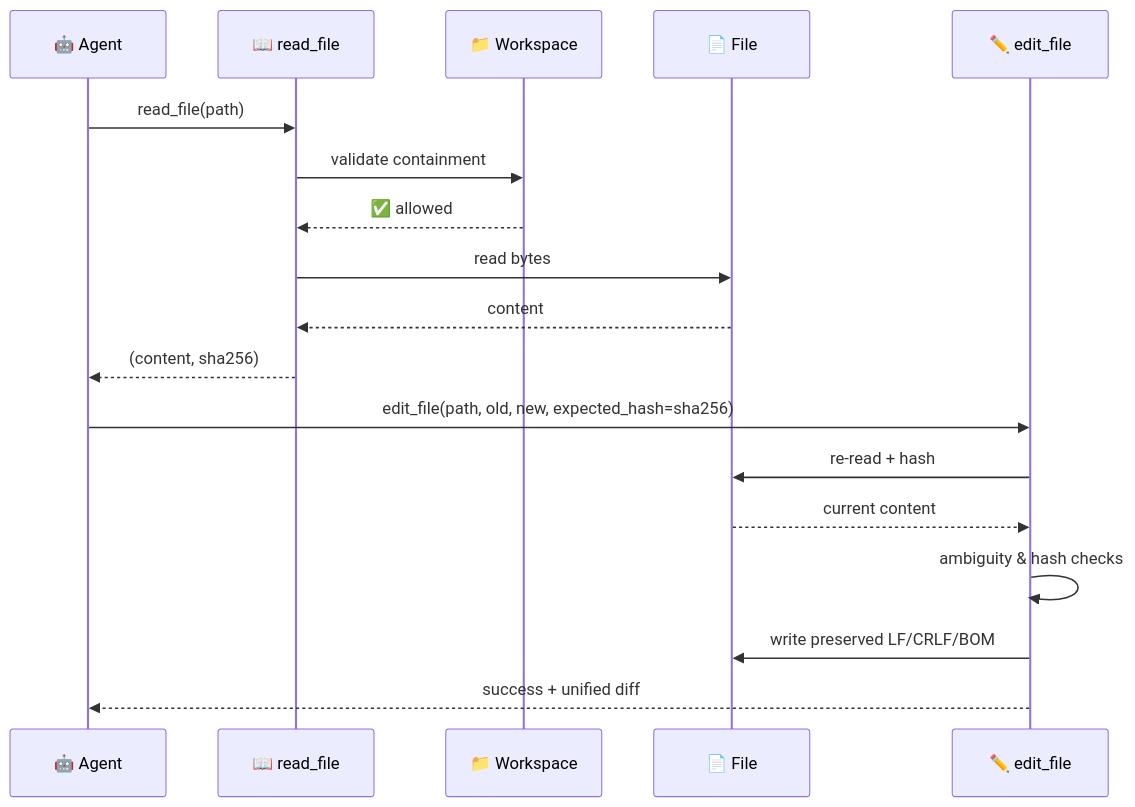
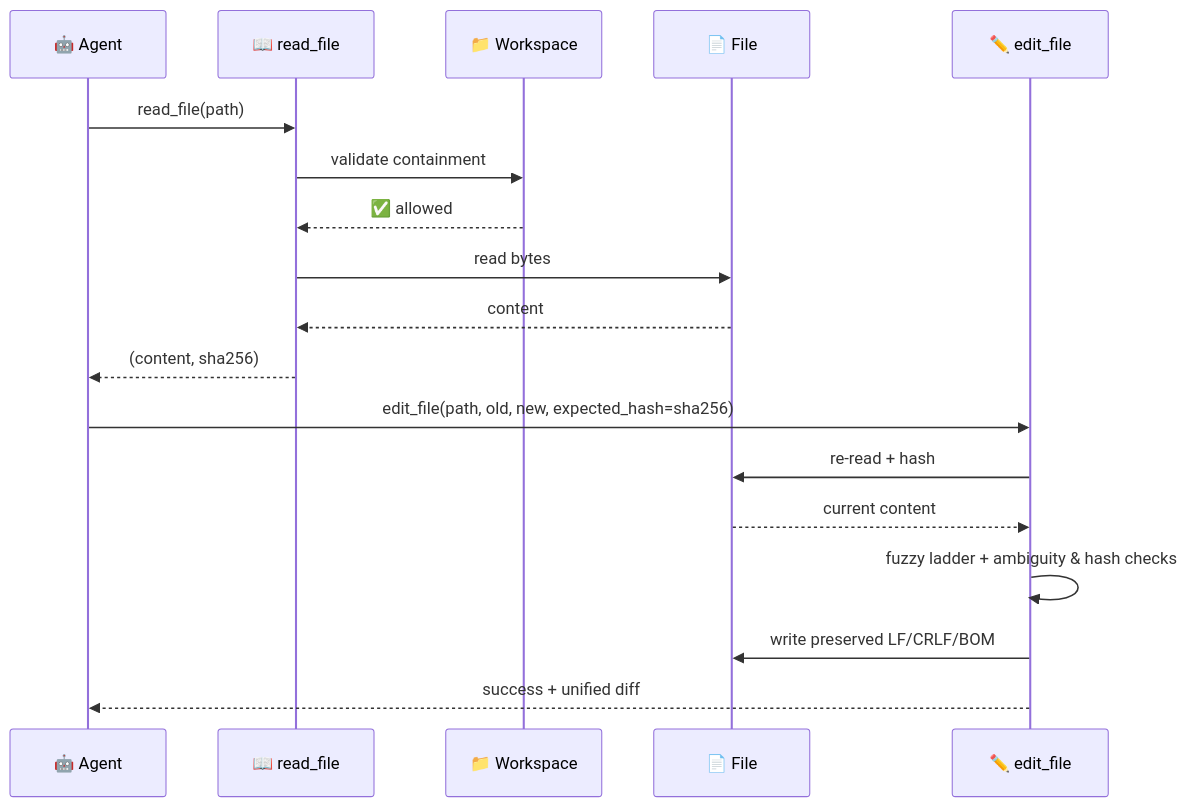
Before and after one commit to MervinPraison/PraisonAIDocs: the second of 5 diagrams in docs/features/file-editing.mdx, drawn with Mermaid. The commit also changed other lines of this file, not shown here.

First line of the commit message:
docs: Update file-editing.mdx for fuzzy matching ladder + apply_patch tool (fixes #808)

````diff
--- a/docs/features/file-editing.mdx
+++ b/docs/features/file-editing.mdx
@@ -93,21 +93,21 @@
 ```mermaid
 sequenceDiagram
     participant A as 🤖 Agent
     participant R as 📖 read_file
     participant W as 📁 Workspace
     participant F as 📄 File
     participant E as ✏️ edit_file
 
     A->>R: read_file(path)
     R->>W: validate containment
     W-->>R: ✅ allowed
     R->>F: read bytes
     F-->>R: content
     R-->>A: (content, sha256)
     A->>E: edit_file(path, old, new, expected_hash=sha256)
     E->>F: re-read + hash
     F-->>E: current content
-    E->>E: ambiguity & hash checks
+    E->>E: fuzzy ladder + ambiguity & hash checks
     E->>F: write preserved LF/CRLF/BOM
     E-->>A: success + unified diff
 ```
````
